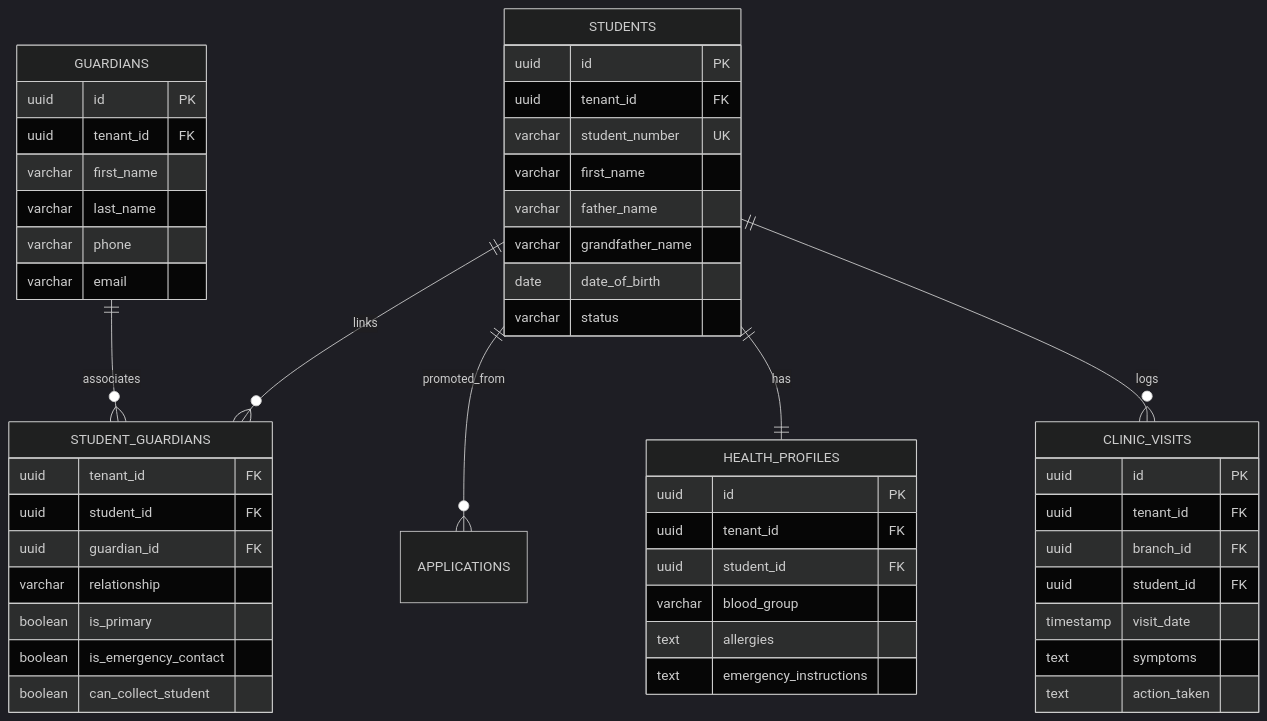
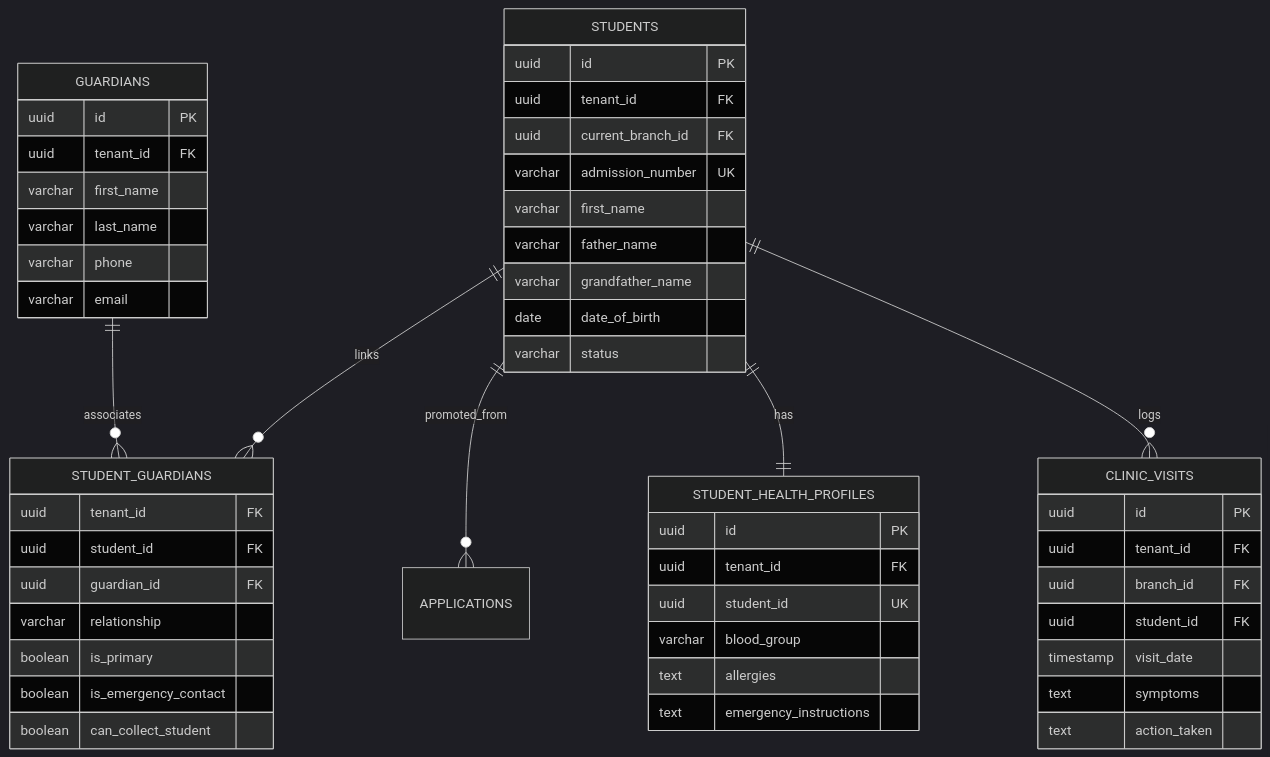
Before and after one commit to Yoba21/Fidel_Hub: the third of 9 diagrams in docs/03-database/ERD.md, drawn with Mermaid (dark theme). The commit also changed other lines of this file and 41 other files, not shown here.

````diff
--- a/docs/03-database/ERD.md
+++ b/docs/03-database/ERD.md
@@ -130,57 +130,58 @@
 ```mermaid
 erDiagram
     STUDENTS ||--o{ STUDENT_GUARDIANS : links
     GUARDIANS ||--o{ STUDENT_GUARDIANS : associates
     STUDENTS ||--o{ APPLICATIONS : promoted_from
-    STUDENTS ||--|| HEALTH_PROFILES : has
+    STUDENTS ||--|| STUDENT_HEALTH_PROFILES : has
     STUDENTS ||--o{ CLINIC_VISITS : logs
     
     STUDENTS {
         uuid id PK
         uuid tenant_id FK
-        varchar student_number UK
+        uuid current_branch_id FK
+        varchar admission_number UK
         varchar first_name
         varchar father_name
         varchar grandfather_name
         date date_of_birth
         varchar status
     }
 
     GUARDIANS {
         uuid id PK
         uuid tenant_id FK
         varchar first_name
         varchar last_name
         varchar phone
         varchar email
     }
 
     STUDENT_GUARDIANS {
         uuid tenant_id FK
         uuid student_id FK
         uuid guardian_id FK
         varchar relationship
         boolean is_primary
         boolean is_emergency_contact
         boolean can_collect_student
     }
 
-    HEALTH_PROFILES {
+    STUDENT_HEALTH_PROFILES {
         uuid id PK
         uuid tenant_id FK
-        uuid student_id FK
+        uuid student_id UK
         varchar blood_group
         text allergies
         text emergency_instructions
     }
 
     CLINIC_VISITS {
         uuid id PK
         uuid tenant_id FK
         uuid branch_id FK
         uuid student_id FK
         timestamp visit_date
         text symptoms
         text action_taken
     }
 ```
````
